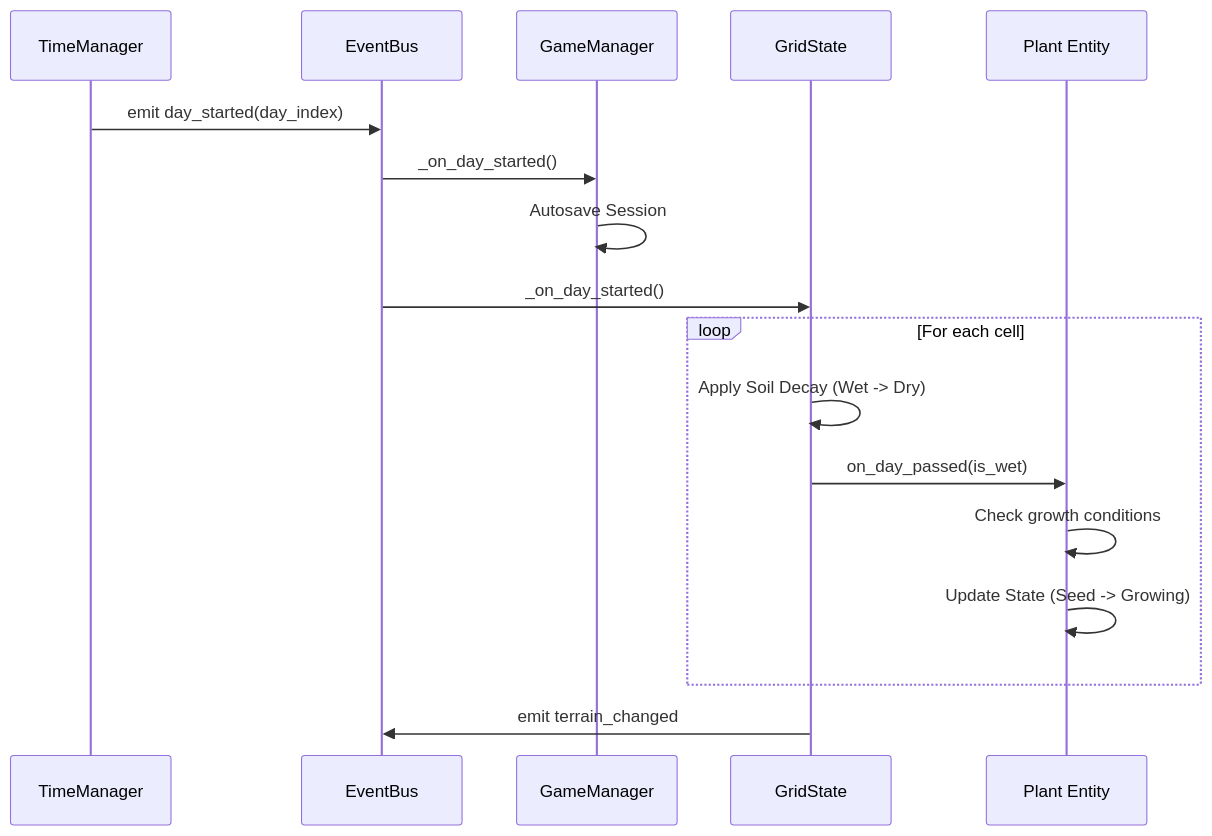
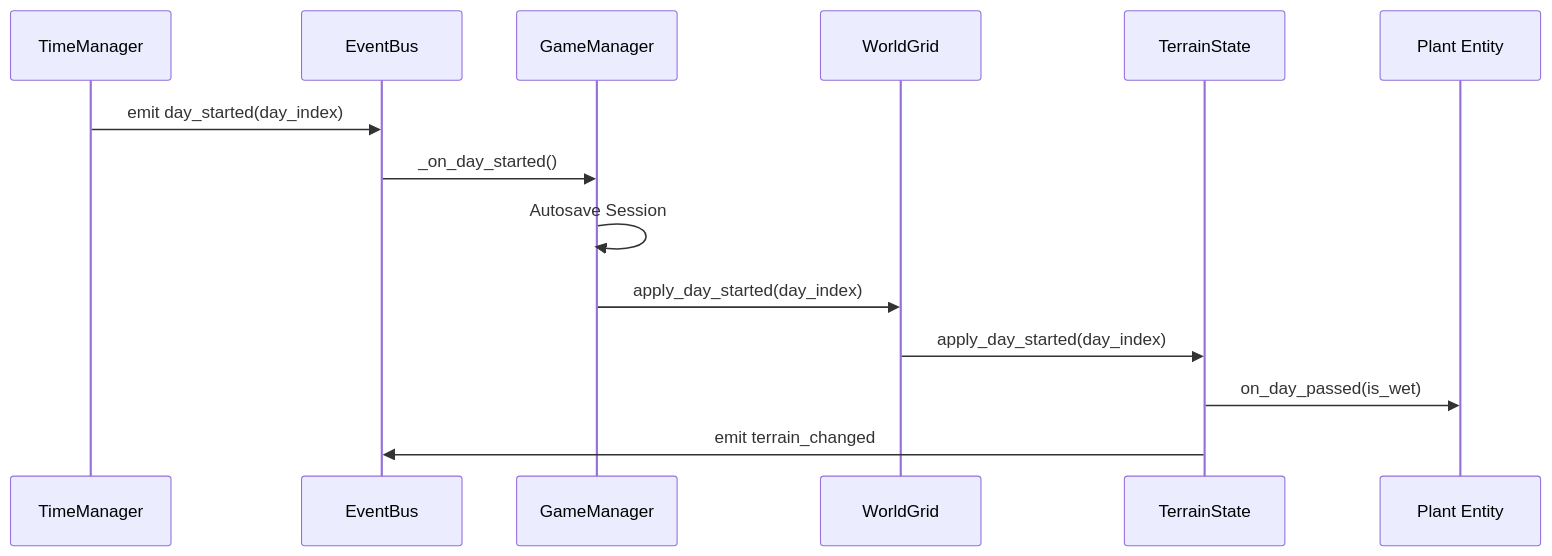
One commit to felipe-vrgs/farming changed the second of 3 diagrams in docs/architecture.md. Above: the diagram before and after it, drawn with Mermaid. The commit also changed other lines of this file and 45 other files, not shown here.

````diff
--- a/docs/architecture.md
+++ b/docs/architecture.md
@@ -46,22 +53,18 @@
 ```mermaid
 sequenceDiagram
     participant TM as TimeManager
     participant EB as EventBus
     participant GM as GameManager
-    participant GS as GridState
+    participant WG as WorldGrid
+    participant TS as TerrainState
     participant P as Plant Entity
 
     TM->>EB: emit day_started(day_index)
     EB->>GM: _on_day_started()
     GM->>GM: Autosave Session
     
-    EB->>GS: _on_day_started()
-    loop For each cell
-        GS->>GS: Apply Soil Decay (Wet -> Dry)
-        GS->>P: on_day_passed(is_wet)
-        P->>P: Check growth conditions
-        P->>P: Update State (Seed -> Growing)
-    end
-    
-    GS->>EB: emit terrain_changed
+    GM->>WG: apply_day_started(day_index)
+    WG->>TS: apply_day_started(day_index)
+    TS->>P: on_day_passed(is_wet)
+    TS->>EB: emit terrain_changed
 ```
````
